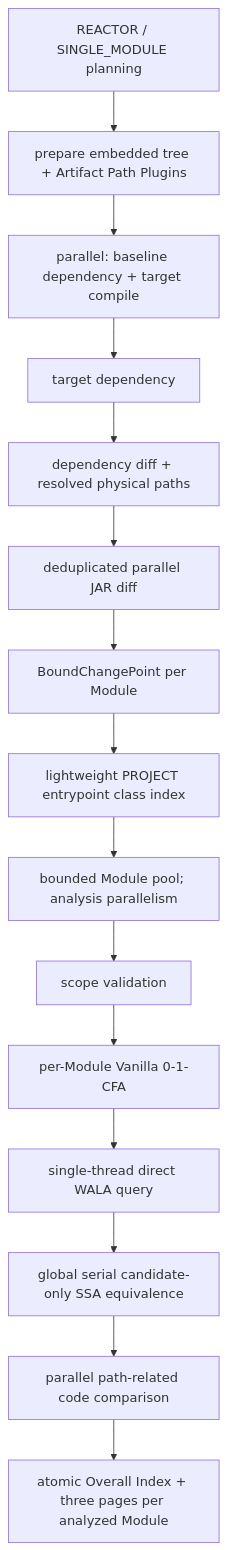
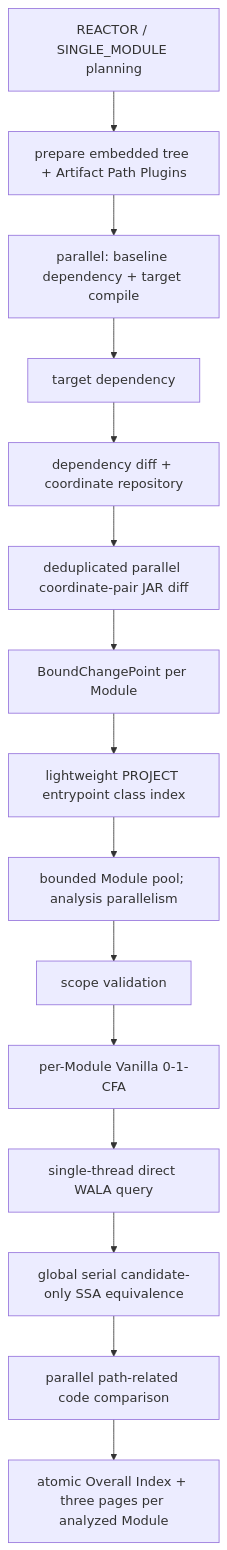
The diagram in wiki/architecture/dependency-analysis-pipelines.md (ymyii/change-impact-analyze), drawn with Mermaid before and after one commit. The commit also changed other lines of this file and 82 other files, not shown here.

````diff
--- a/wiki/architecture/dependency-analysis-pipelines.md
+++ b/wiki/architecture/dependency-analysis-pipelines.md
@@ -32,17 +32,17 @@
 ```mermaid
 flowchart TD
   Scope["REACTOR / SINGLE_MODULE planning"] --> Plugin["prepare embedded tree + Artifact Path Plugins"]
   Plugin --> Front
   Front["parallel: baseline dependency + target compile"] --> TargetDep["target dependency"]
-  TargetDep --> DepDiff["dependency diff + resolved physical paths"]
-  DepDiff --> JarDiff["deduplicated parallel JAR diff"]
+  TargetDep --> DepDiff["dependency diff + coordinate repository"]
+  DepDiff --> JarDiff["deduplicated parallel coordinate-pair JAR diff"]
   JarDiff --> Bind["BoundChangePoint per Module"]
   Bind --> EntrySelection["lightweight PROJECT entrypoint class index"]
   EntrySelection --> ModulePool["bounded Module pool; analysis parallelism"]
   ModulePool --> ScopeValidation["scope validation"]
   ScopeValidation --> CFA["per-Module Vanilla 0-1-CFA"]
   CFA --> Query["single-thread direct WALA query"]
   Query --> SSA["global serial candidate-only SSA equivalence"]
   SSA --> Decompile["parallel path-related code comparison"]
   Decompile --> Report["atomic Overall Index + three pages per analyzed Module"]
 ```
````
